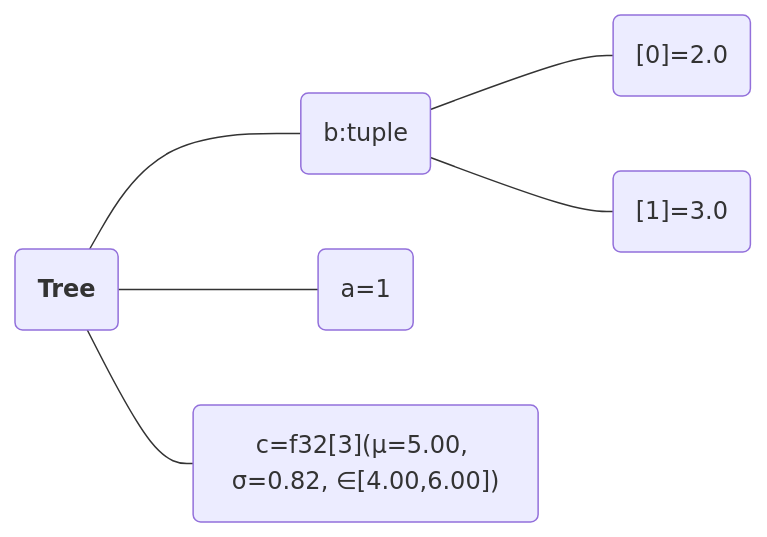
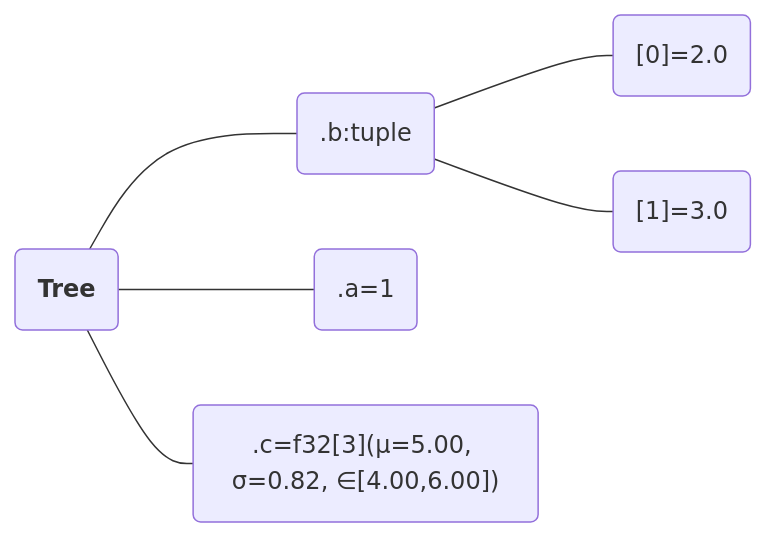
The second of 2 diagrams in README.md (ASEM000/pytreeclass), drawn with Mermaid before and after one commit. The commit also changed other lines of this file and 13 other files, not shown here.

````diff
--- a/README.md
+++ b/README.md
@@ -267,9 +265,9 @@
 ```mermaid
 flowchart LR
     id2 --- id3("</b>[0]=2.0</b>")
     id2 --- id4("</b>[1]=3.0</b>")
     id0(<b>Tree</b>)
-    id0 --- id1("</b>a=1</b>")
-    id0 --- id2("</b>b:tuple</b>")
-    id0 --- id5("</b>c=f32[3](μ=5.00, σ=0.82, ∈[4.00,6.00])</b>")
+    id0 --- id1("</b>.a=1</b>")
+    id0 --- id2("</b>.b:tuple</b>")
+    id0 --- id5("</b>.c=f32[3](μ=5.00, σ=0.82, ∈[4.00,6.00])</b>")
 ```
````
